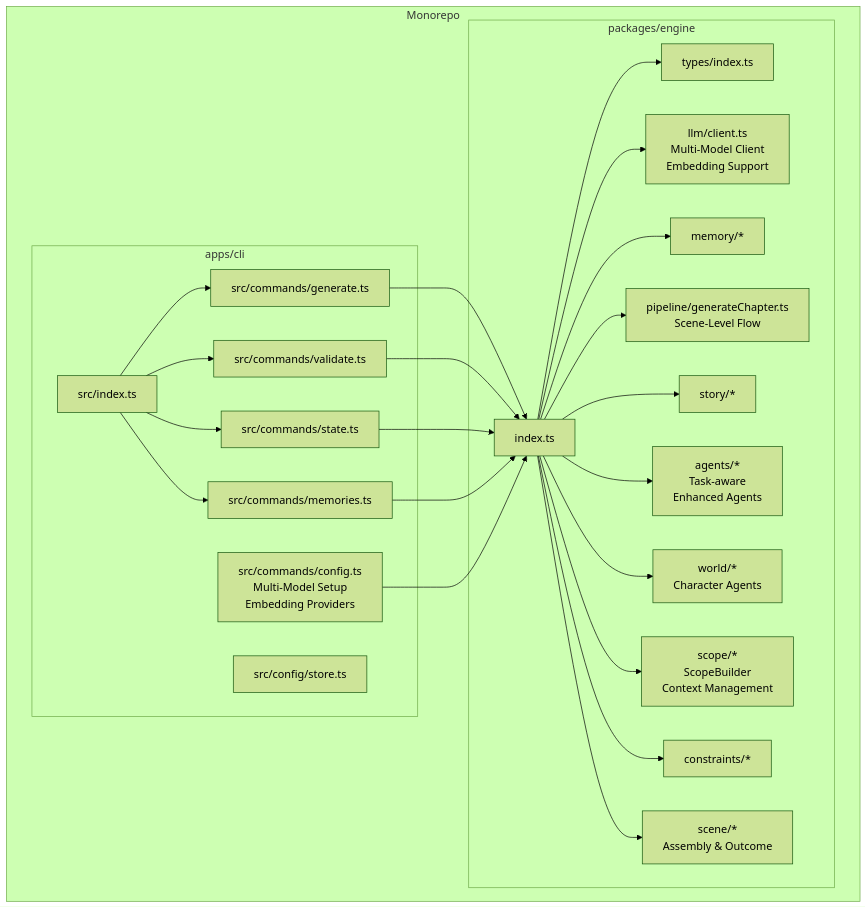
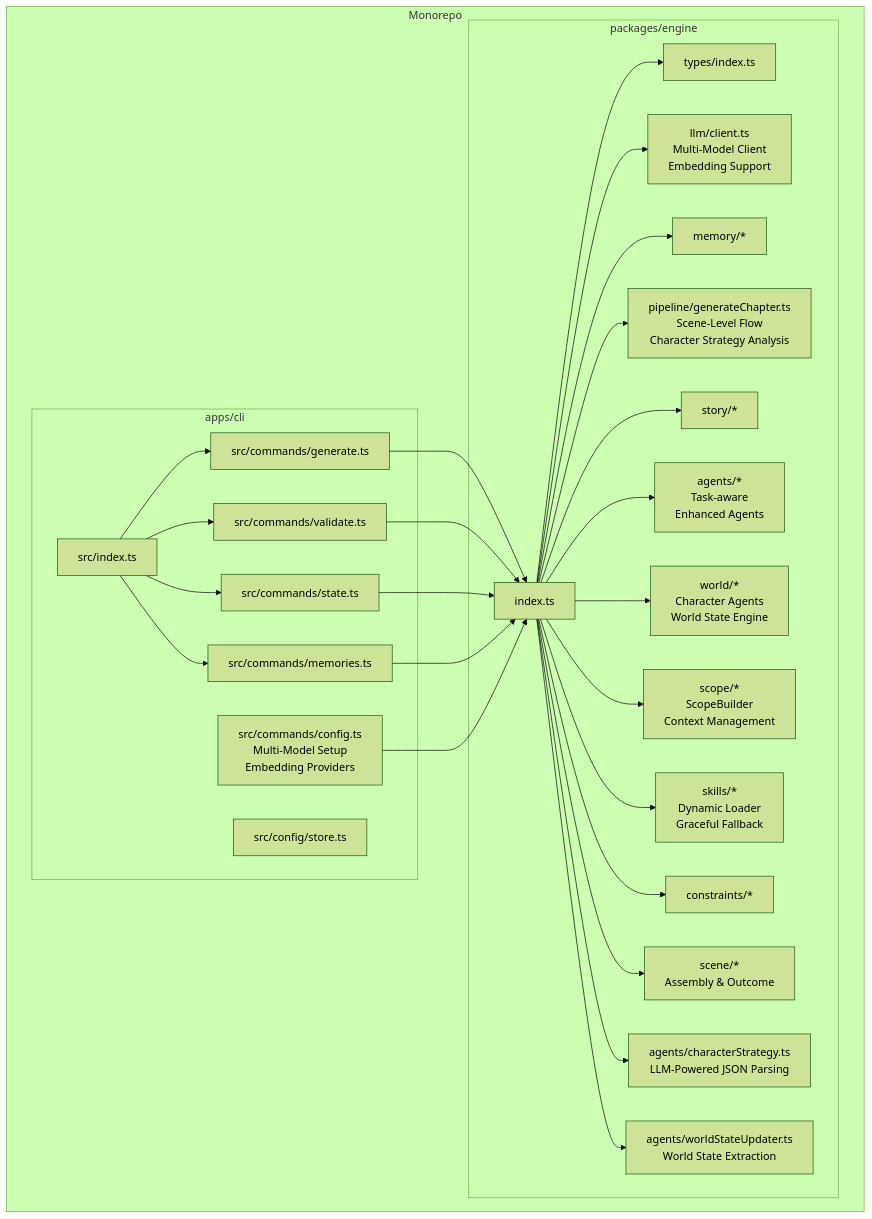
The first of 16 diagrams in .qoder/repowiki/en/content/Engine Architecture/Engine Architecture.md (liwonder/NARRITIVE_OS), drawn with Mermaid (forest theme) before and after one commit. The commit also changed other lines of this file and 14 other files, not shown here.

First line of the commit message:
Add character strategy, skills loader, worldstate

````diff
--- a/.qoder/repowiki/en/content/Engine Architecture/Engine Architecture.md
+++ b/.qoder/repowiki/en/content/Engine Architecture/Engine Architecture.md
@@ -84,46 +84,52 @@
 ```mermaid
 graph TB
 subgraph "Monorepo"
 subgraph "packages/engine"
 E_Index["index.ts"]
 E_Types["types/index.ts"]
 E_LLM["llm/client.ts<br/>Multi-Model Client<br/>Embedding Support"]
 E_Memory["memory/*"]
-E_Pipeline["pipeline/generateChapter.ts<br/>Scene-Level Flow"]
+E_Pipeline["pipeline/generateChapter.ts<br/>Scene-Level Flow<br/>Character Strategy Analysis"]
 E_Story["story/*"]
 E_Agents["agents/*<br/>Task-aware<br/>Enhanced Agents"]
-E_World["world/*<br/>Character Agents"]
+E_World["world/*<br/>Character Agents<br/>World State Engine"]
 E_Scope["scope/*<br/>ScopeBuilder<br/>Context Management"]
+E_Skills["skills/*<br/>Dynamic Loader<br/>Graceful Fallback"]
 E_Constraints["constraints/*"]
 E_Scene["scene/*<br/>Assembly & Outcome"]
+E_CharacterStrategy["agents/characterStrategy.ts<br/>LLM-Powered JSON Parsing"]
+E_WorldStateUpdater["agents/worldStateUpdater.ts<br/>World State Extraction"]
 end
 subgraph "apps/cli"
 C_Index["src/index.ts"]
 C_Gen["src/commands/generate.ts"]
 C_Validate["src/commands/validate.ts"]
 C_State["src/commands/state.ts"]
 C_Memories["src/commands/memories.ts"]
 C_Store["src/config/store.ts"]
 C_Config["src/commands/config.ts<br/>Multi-Model Setup<br/>Embedding Providers"]
 end
 end
 C_Index --> C_Gen
 C_Index --> C_Validate
 C_Index --> C_State
 C_Index --> C_Memories
 C_Gen --> E_Index
 C_Validate --> E_Index
 C_State --> E_Index
 C_Memories --> E_Index
 C_Config --> E_Index
 E_Index --> E_Types
 E_Index --> E_LLM
 E_Index --> E_Memory
 E_Index --> E_Pipeline
 E_Index --> E_Story
 E_Index --> E_Agents
 E_Index --> E_World
 E_Index --> E_Scope
+E_Index --> E_Skills
 E_Index --> E_Constraints
 E_Index --> E_Scene
+E_Index --> E_CharacterStrategy
+E_Index --> E_WorldStateUpdater
 ```
````
